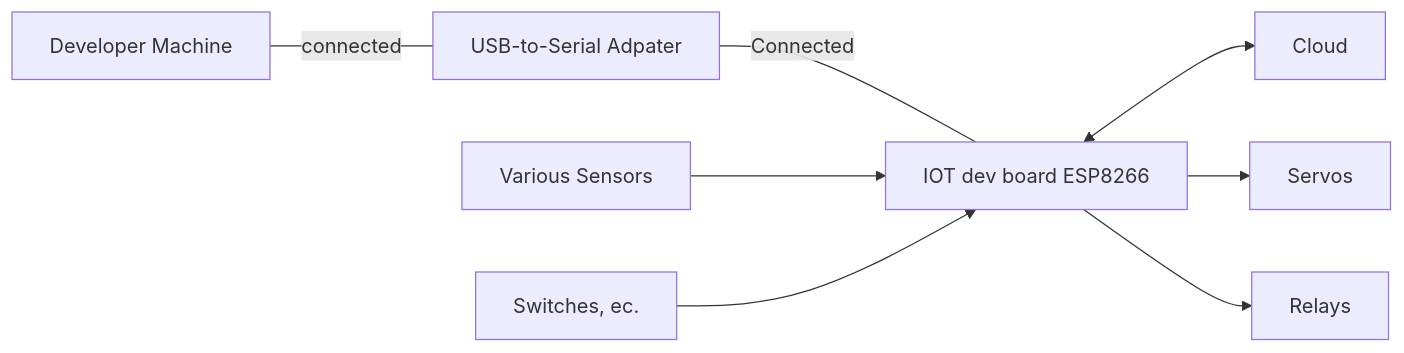
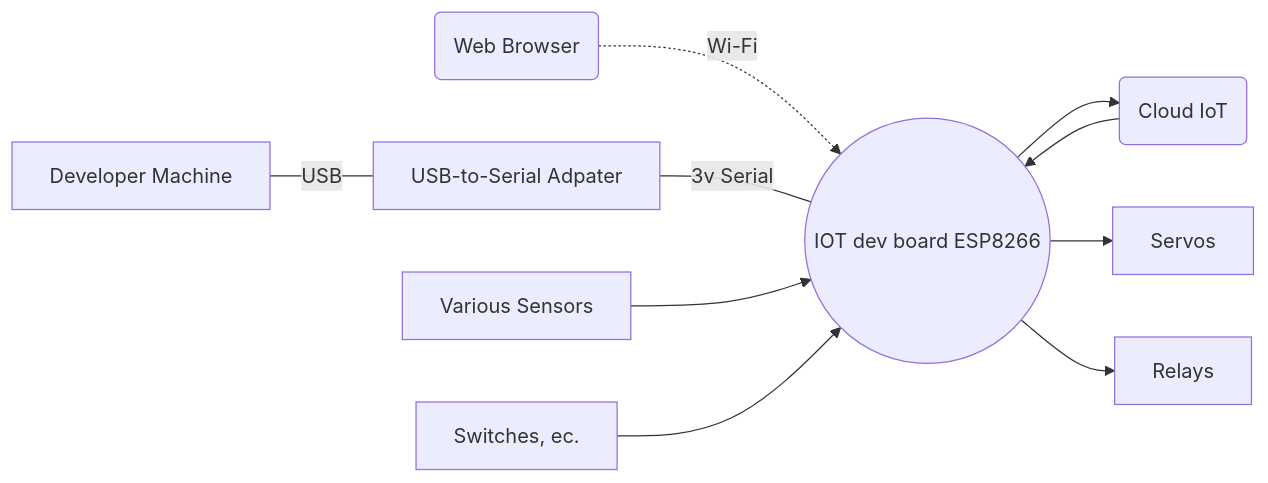
The first of 2 diagrams in README.md (freemansoft/ESP8266-MicroPython), drawn with Mermaid before and after one commit.

Commit message:
added topology diagram

````diff
--- a/README.md
+++ b/README.md
@@ -3,20 +3,22 @@
 ```mermaid
 graph LR;
     DevMachine[Developer Machine]
+    Browser(Web Browser)
     SerialAdapter[USB-to-Serial Adpater]
     Sensors[Various Sensors]
     Buttons[Switches, ec.]
     Relays
     Servos
-    ESP8266[IOT dev board ESP8266]
-    Cloud
+    ESP8266((IOT dev board ESP8266))
+    Cloud(Cloud IoT)
 
-
-    DevMachine --- |connected| SerialAdapter
-    SerialAdapter --- |Connected|ESP8266
-    ESP8266 <--> Cloud
+    Browser -.-> |Wi-Fi|ESP8266
+    DevMachine --- |USB| SerialAdapter
+    SerialAdapter --- |3v Serial|ESP8266
     Sensors --> ESP8266
     Buttons --> ESP8266
+    Cloud --> ESP8266
+    ESP8266 --> Cloud
     ESP8266 --> Servos
     ESP8266 --> Relays
 ```
````
